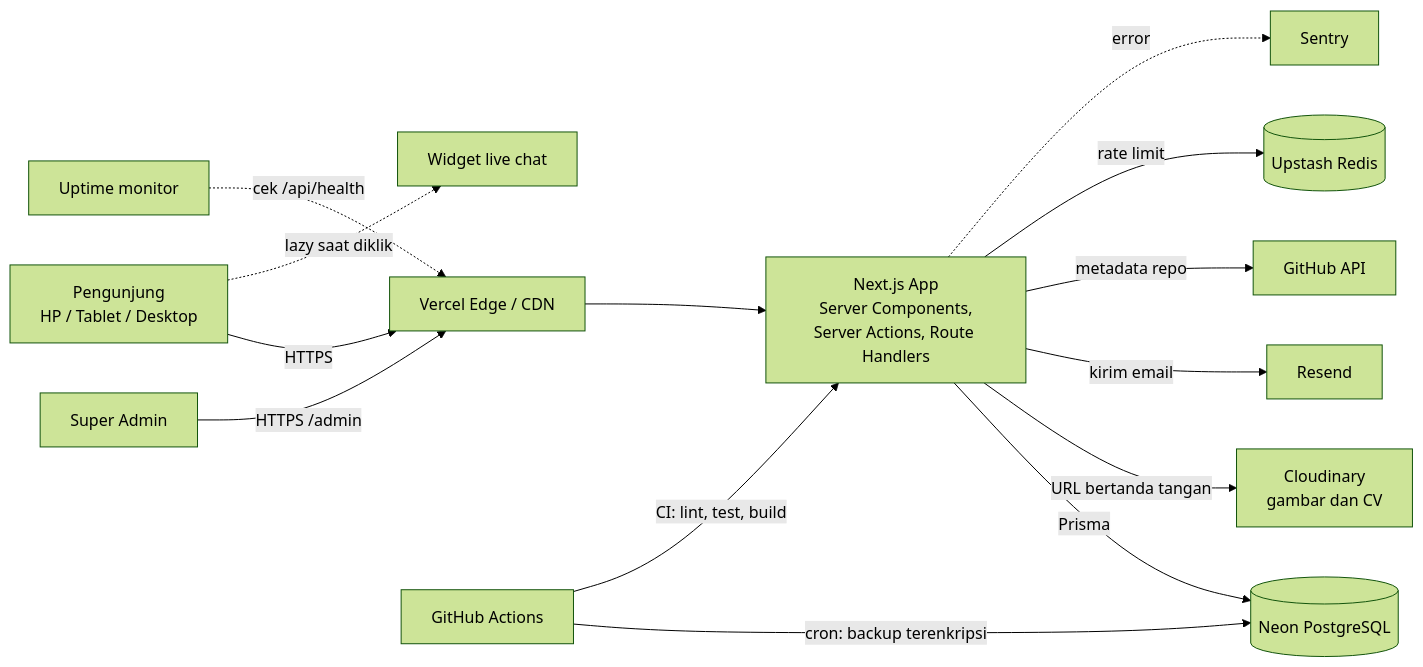
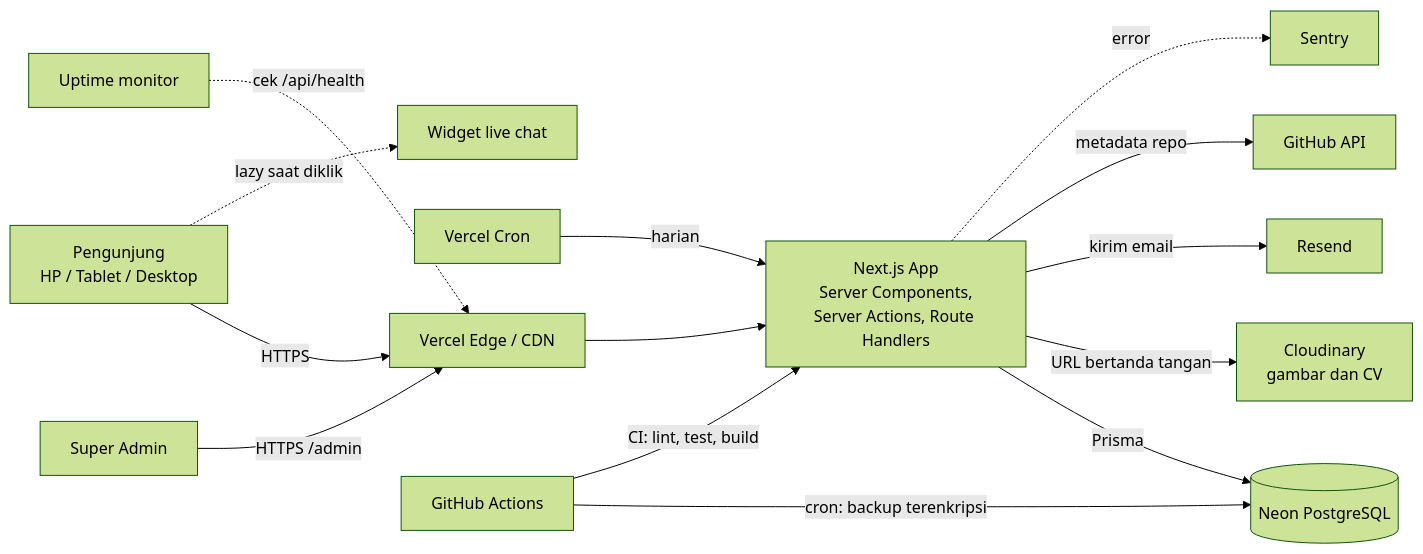
One commit to HorizonMirza/Mirza-Portfolio changed the first of 2 diagrams in Documentation/ARCHITECTURE.md. Above: the diagram before and after it, drawn with Mermaid (forest theme). The commit also changed other lines of this file and 3 other files, not shown here.

````diff
--- a/Documentation/ARCHITECTURE.md
+++ b/Documentation/ARCHITECTURE.md
@@ -57,16 +58,16 @@
 ```mermaid
 flowchart LR
     V[Pengunjung<br/>HP / Tablet / Desktop] -->|HTTPS| E[Vercel Edge / CDN]
     A[Super Admin] -->|HTTPS /admin| E
     E --> N[Next.js App<br/>Server Components,<br/>Server Actions, Route Handlers]
     N -->|Prisma| DB[(Neon PostgreSQL)]
     N -->|URL bertanda tangan| CL[Cloudinary<br/>gambar dan CV]
     N -->|kirim email| RS[Resend]
     N -->|metadata repo| GH[GitHub API]
-    N -->|rate limit| UP[(Upstash Redis)]
+    VC[Vercel Cron] -->|harian| N
     N -.->|error| SE[Sentry]
     V -.->|lazy saat diklik| CH[Widget live chat]
     GA[GitHub Actions] -->|cron: backup terenkripsi| DB
     GA -->|CI: lint, test, build| N
     UT[Uptime monitor] -.->|cek /api/health| E
 ```
````
